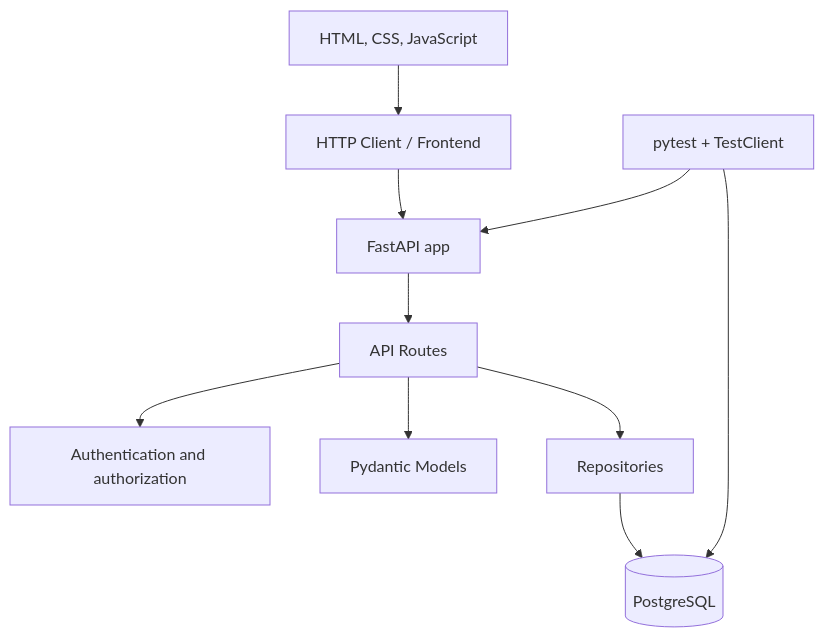
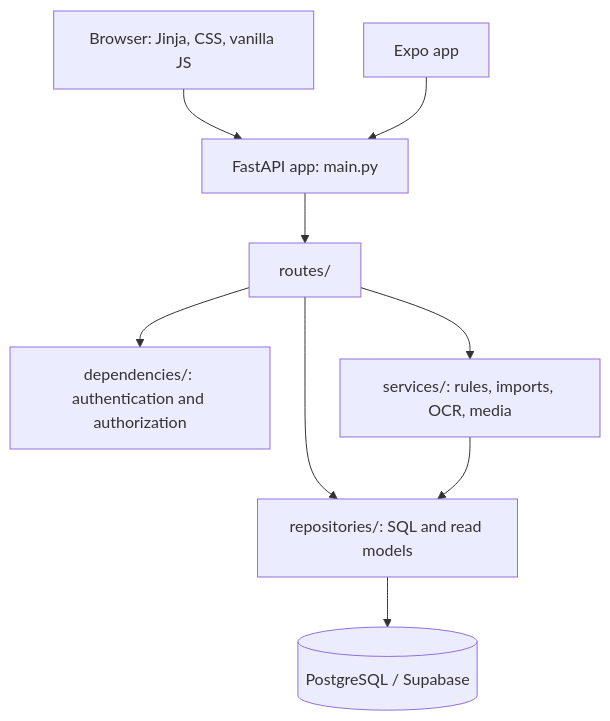
Before and after one commit to bruno-diaz-dev/flagtastic-league: the first of 3 diagrams in docs/architecture.md, drawn with Mermaid. The commit also changed other lines of this file and 6 other files, not shown here.

````diff
--- a/docs/architecture.md
+++ b/docs/architecture.md
@@ -31,22 +36,20 @@
 ```mermaid
 flowchart TD
-    Client[HTTP Client / Frontend]
-    Static[HTML, CSS, JavaScript]
-    App[FastAPI app]
-    Routes[API Routes]
-    Dependencies[Authentication and authorization]
-    Models[Pydantic Models]
-    Repositories[Repositories]
-    DB[(PostgreSQL)]
-    Tests[pytest + TestClient]
+    Browser[Browser: Jinja, CSS, vanilla JS]
+    Mobile[Expo app]
+    App[FastAPI app: main.py]
+    Routes[routes/]
+    Deps[dependencies/: authentication and authorization]
+    Services[services/: rules, imports, OCR, media]
+    Repos[repositories/: SQL and read models]
+    DB[(PostgreSQL / Supabase)]
 
-    Client --> App
-    Static --> Client
+    Browser --> App
+    Mobile --> App
     App --> Routes
-    Routes --> Dependencies
-    Routes --> Models
-    Routes --> Repositories
-    Repositories --> DB
-    Tests --> App
-    Tests --> DB
+    Routes --> Deps
+    Routes --> Services
+    Routes --> Repos
+    Services --> Repos
+    Repos --> DB
 ```
````
